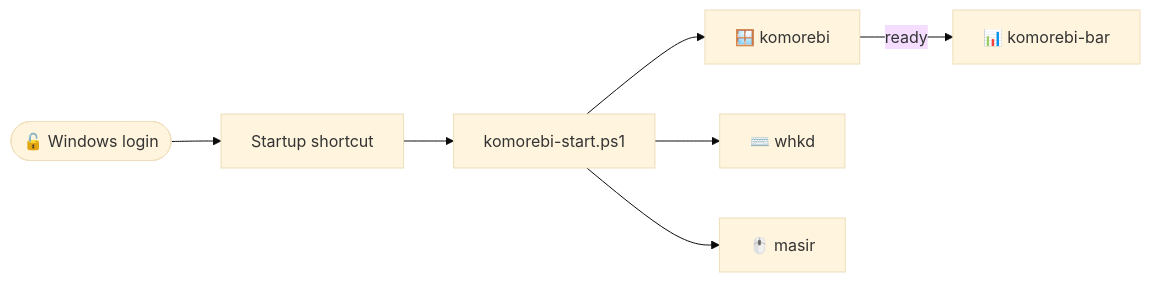
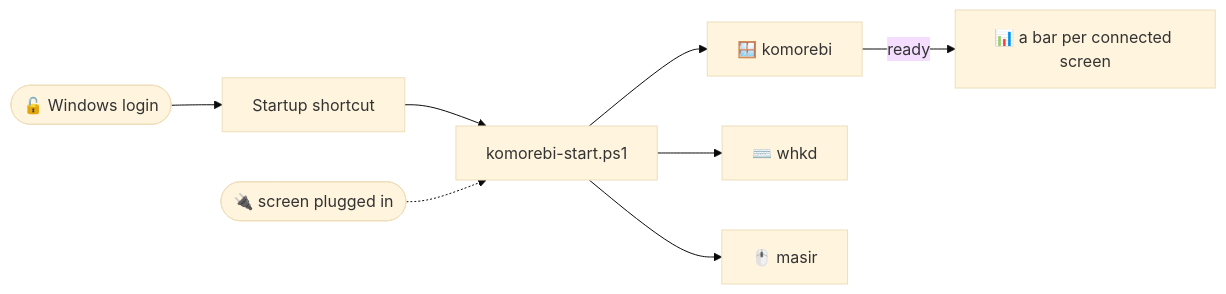
One commit to bewithsnehasish/dotfiles-windows changed the second of 3 diagrams in README.md. Above: the diagram before and after it, drawn with Mermaid (base theme). The commit also changed other lines of this file and 12 other files, not shown here.

Commit message:
One komorebi config for every screen; bars start per connected screen

````diff
--- a/README.md
+++ b/README.md
@@ -115,8 +115,9 @@
 ```mermaid
 flowchart LR
     login(["🔓 Windows login"]) --> lnk["Startup shortcut"] --> start["komorebi-start.ps1"]
     start --> k["🪟 komorebi"]
     start --> w["⌨️ whkd"]
     start --> m["🖱️ masir"]
-    k -- "ready" --> bar["📊 komorebi-bar"]
+    k -- "ready" --> bar["📊 a bar per connected screen"]
+    dock(["🔌 screen plugged in"]) -.-> start
 ```
````
